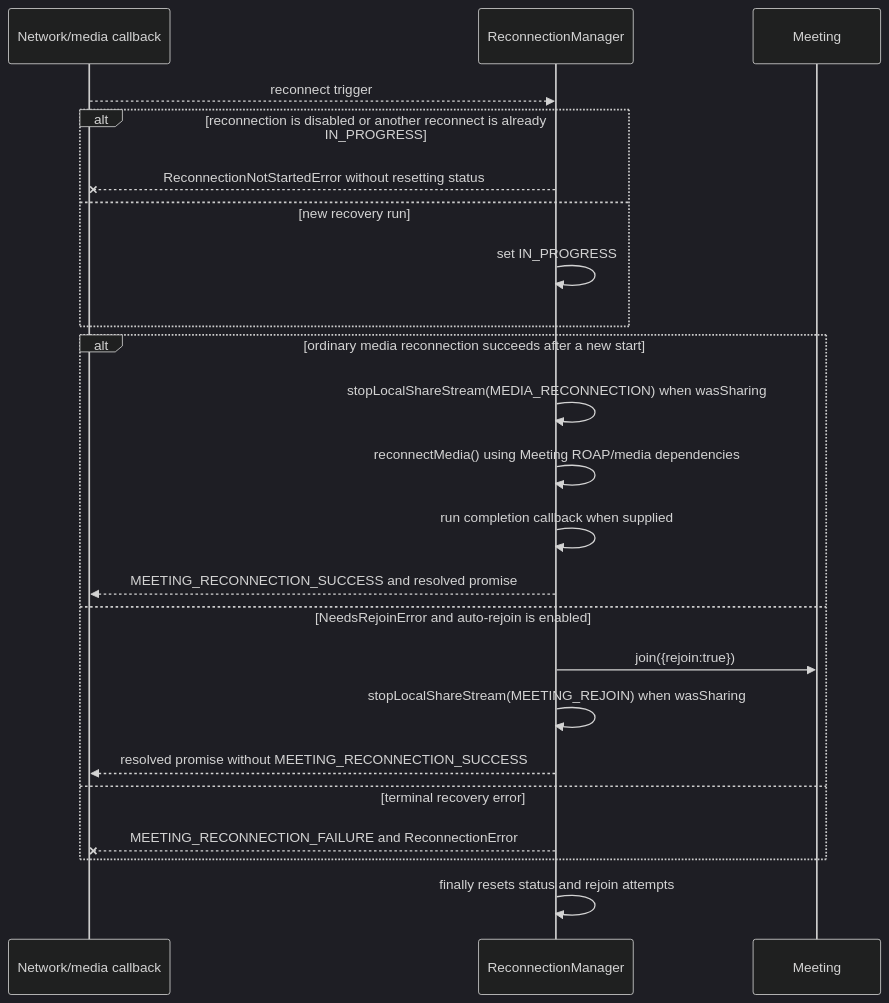
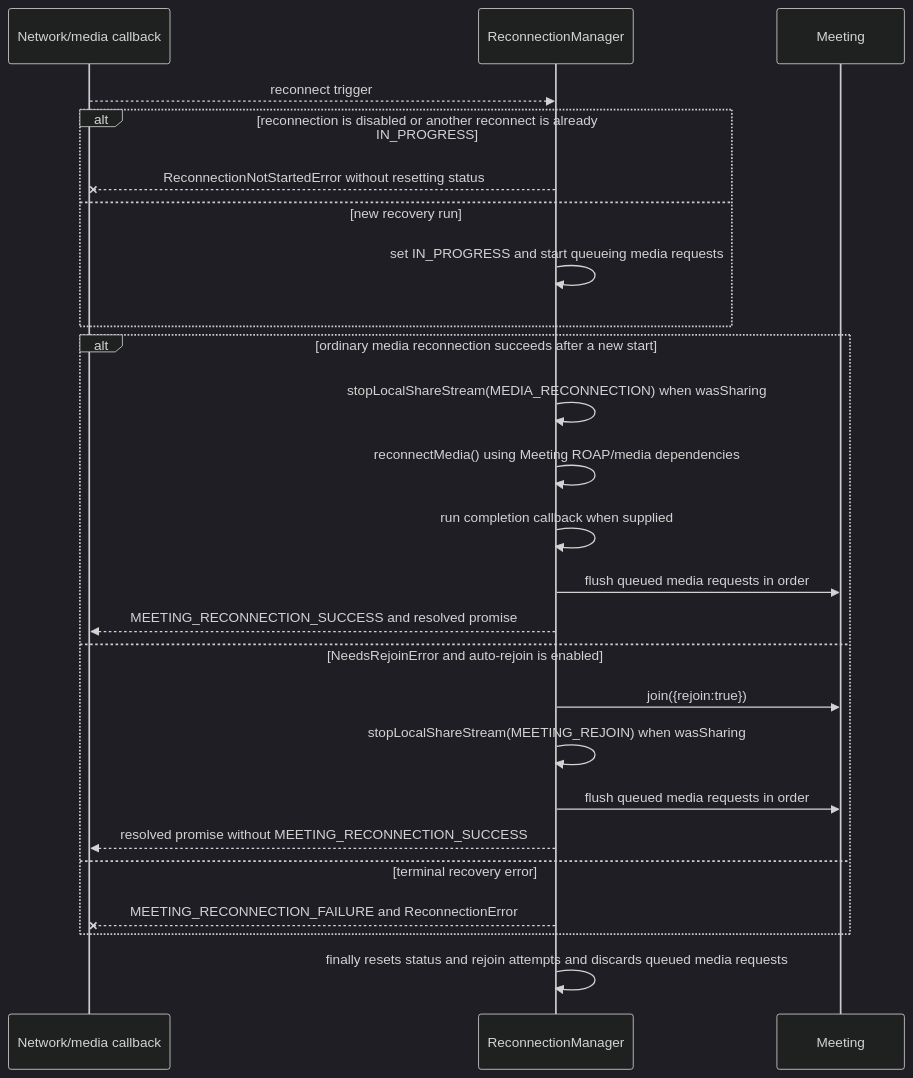
One commit to webex/webex-js-sdk changed the second of 5 diagrams in packages/@webex/plugin-meetings/src/reconnection-manager/ai-docs/reconnection-manager-spec.md. Above: the diagram before and after it, drawn with Mermaid (dark theme). The commit also changed other lines of this file and 7 other files, not shown here.

````diff
--- a/packages/@webex/plugin-meetings/src/reconnection-manager/ai-docs/reconnection-manager-spec.md
+++ b/packages/@webex/plugin-meetings/src/reconnection-manager/ai-docs/reconnection-manager-spec.md
@@ -133,25 +138,27 @@
 ```mermaid
 sequenceDiagram
   participant N as Network/media callback
   participant R as ReconnectionManager
   participant M as Meeting
   N-->>R: reconnect trigger
   alt reconnection is disabled or another reconnect is already IN_PROGRESS
     R--xN: ReconnectionNotStartedError without resetting status
   else new recovery run
-    R->>R: set IN_PROGRESS
+    R->>R: set IN_PROGRESS and start queueing media requests
   end
   alt ordinary media reconnection succeeds after a new start
     R->>R: stopLocalShareStream(MEDIA_RECONNECTION) when wasSharing
     R->>R: reconnectMedia() using Meeting ROAP/media dependencies
     R->>R: run completion callback when supplied
+    R->>M: flush queued media requests in order
     R-->>N: MEETING_RECONNECTION_SUCCESS and resolved promise
   else NeedsRejoinError and auto-rejoin is enabled
     R->>M: join({rejoin:true})
     R->>R: stopLocalShareStream(MEETING_REJOIN) when wasSharing
+    R->>M: flush queued media requests in order
     R-->>N: resolved promise without MEETING_RECONNECTION_SUCCESS
   else terminal recovery error
     R--xN: MEETING_RECONNECTION_FAILURE and ReconnectionError
   end
-  R->>R: finally resets status and rejoin attempts
+  R->>R: finally resets status and rejoin attempts and discards queued media requests
 ```
````
